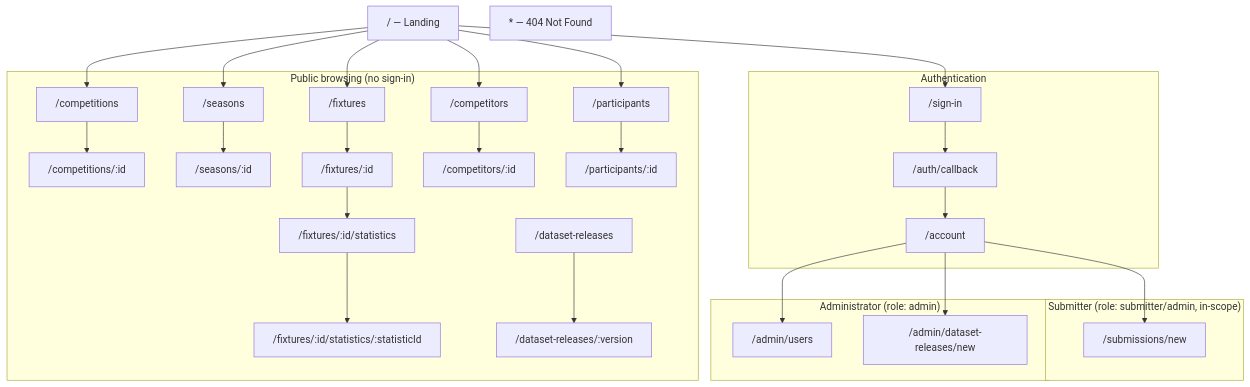
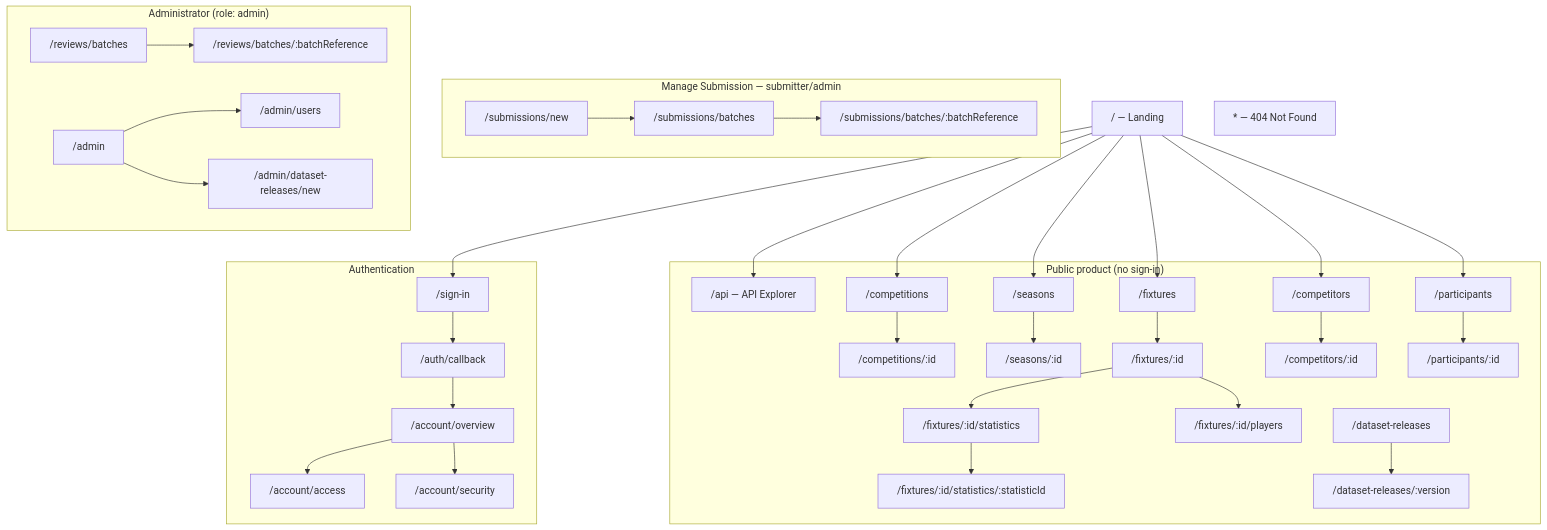
The first of 6 diagrams in docs/design/information-architecture-and-wireframes.md (NadavSundy/Sport-Analytics-Tool), drawn with Mermaid before and after one commit. The commit also changed other lines of this file and 36 other files, not shown here.

````diff
--- a/docs/design/information-architecture-and-wireframes.md
+++ b/docs/design/information-architecture-and-wireframes.md
@@ -41,40 +42,48 @@
 ```mermaid
 flowchart TD
     Home["/ — Landing"]
 
-    subgraph Public["Public browsing (no sign-in)"]
+    subgraph Public["Public product (no sign-in)"]
+        Api["/api — API Explorer"]
         Competitions["/competitions"] --> CompetitionDetail["/competitions/:id"]
         Seasons["/seasons"] --> SeasonDetail["/seasons/:id"]
         Fixtures["/fixtures"] --> FixtureDetail["/fixtures/:id"]
         FixtureDetail --> FixtureStats["/fixtures/:id/statistics"]
+        FixtureDetail --> FixturePlayers["/fixtures/:id/players"]
         FixtureStats --> FixtureStatDetail["/fixtures/:id/statistics/:statisticId"]
         Competitors["/competitors"] --> CompetitorDetail["/competitors/:id"]
         Participants["/participants"] --> ParticipantDetail["/participants/:id"]
         Releases["/dataset-releases"] --> ReleaseDetail["/dataset-releases/:version"]
     end
 
     subgraph Auth["Authentication"]
         SignIn["/sign-in"] --> Callback["/auth/callback"]
-        Callback --> Account["/account"]
+        Callback --> Account["/account/overview"]
+        Account --> AccountAccess["/account/access"]
+        Account --> AccountSecurity["/account/security"]
     end
 
-    subgraph Submitter["Submitter (role: submitter/admin, in-scope)"]
+    subgraph Submitter["Manage Submission — submitter/admin"]
         Submit["/submissions/new"]
+        SubmissionHistory["/submissions/batches"] --> SubmissionReport["/submissions/batches/:batchReference"]
     end
 
     subgraph Admin["Administrator (role: admin)"]
+        ReviewQueue["/reviews/batches"] --> ReviewDetail["/reviews/batches/:batchReference"]
+        Administration["/admin"]
         AdminUsers["/admin/users"]
         PublishRelease["/admin/dataset-releases/new"]
+        Administration --> AdminUsers
+        Administration --> PublishRelease
     end
 
     Home --> Competitions
     Home --> Fixtures
     Home --> Seasons
     Home --> Competitors
     Home --> Participants
     Home --> SignIn
-    Account --> Submit
-    Account --> AdminUsers
-    Account --> PublishRelease
+    Home --> Api
+    Submit --> SubmissionHistory
     NotFound["* — 404 Not Found"]
 ```
````
